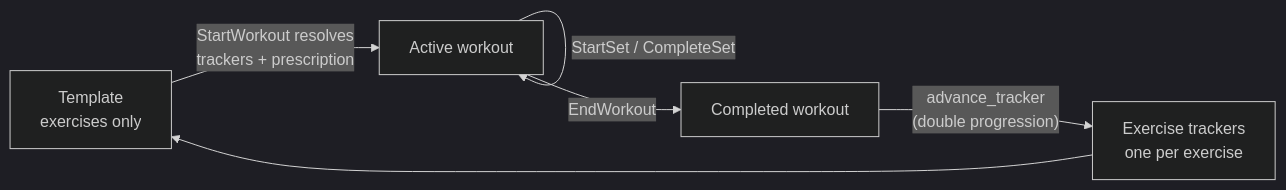
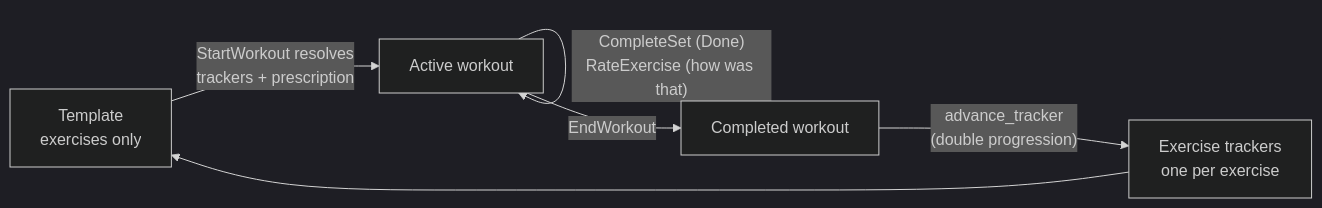
The first of 7 diagrams in docs/architecture/workout-lifecycle.md (brensch/lift), drawn with Mermaid (dark theme) before and after one commit. The commit also changed other lines of this file and 228 other files, not shown here.

````diff
--- a/docs/architecture/workout-lifecycle.md
+++ b/docs/architecture/workout-lifecycle.md
@@ -9,8 +9,8 @@
 ```mermaid
 graph LR
     tmpl["Template<br/>exercises only"] -->|"StartWorkout resolves<br/>trackers + prescription"| active["Active workout"]
-    active -->|"StartSet / CompleteSet"| active
+    active -->|"CompleteSet (Done)<br/>RateExercise (how was that)"| active
     active -->|"EndWorkout"| done["Completed workout"]
     done -->|"advance_tracker<br/>(double progression)"| trk["Exercise trackers<br/>one per exercise"]
     trk --> tmpl
 ```
````
